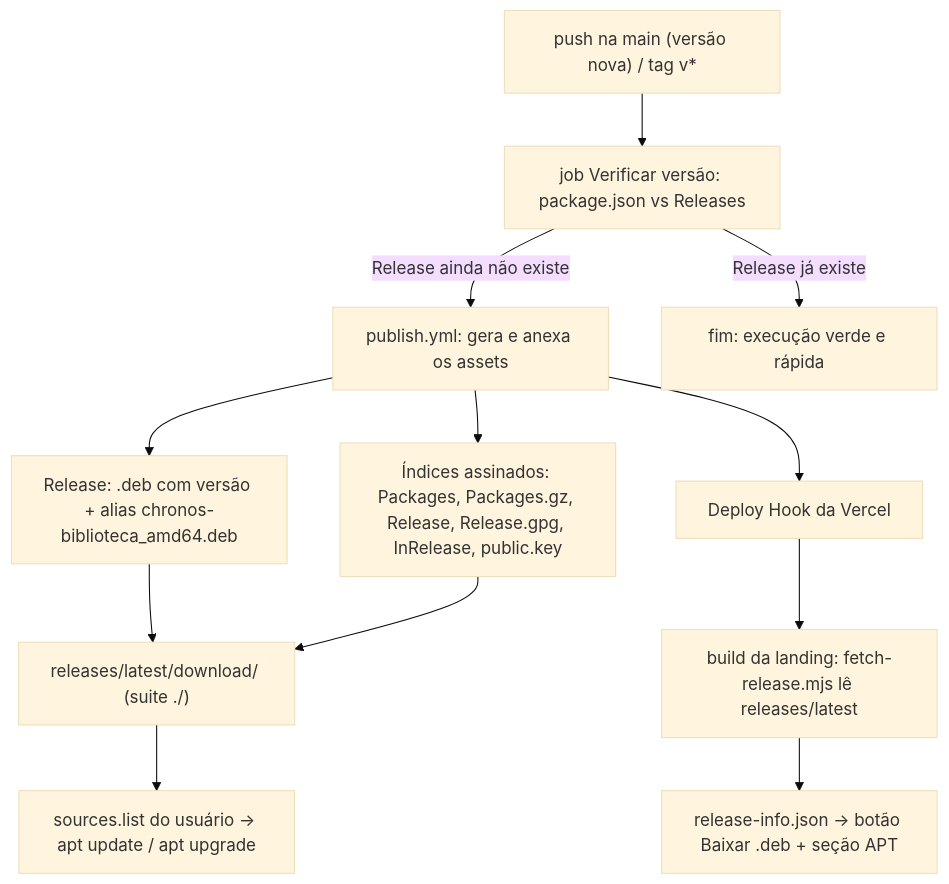
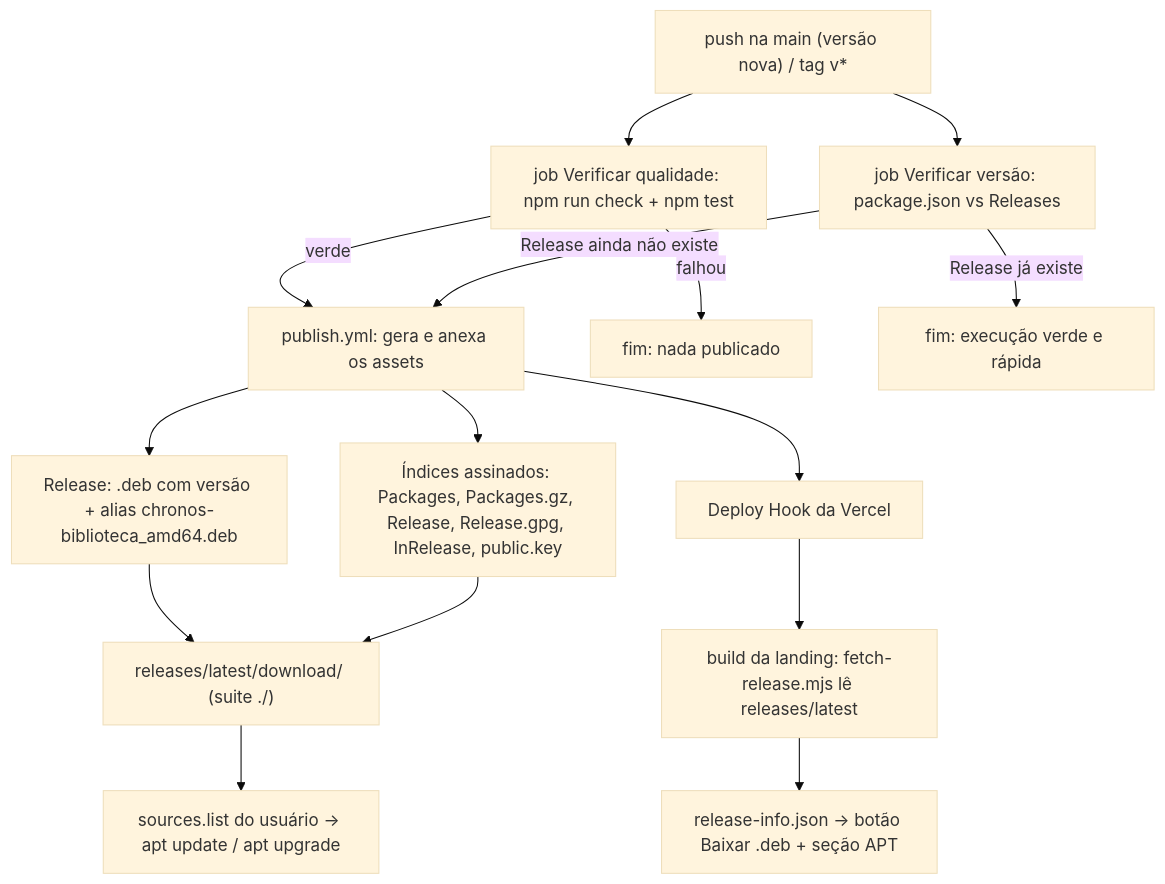
Before and after one commit to chronos-atalante/chronos-biblioteca: the diagram in docs/distribuicao-apt.md, drawn with Mermaid (base theme). The commit also changed other lines of this file and 61 other files, not shown here.

````diff
--- a/docs/distribuicao-apt.md
+++ b/docs/distribuicao-apt.md
@@ -67,14 +67,17 @@
 ```mermaid
 flowchart TD
     A["push na main (versão nova) / tag v*"] --> B0["job Verificar versão: package.json vs Releases"]
+    A --> Q["job Verificar qualidade: npm run check + npm test"]
+    Q -- "verde" --> B
+    Q -- "falhou" --> X["fim: nada publicado"]
     B0 -->|"Release ainda não existe"| B["publish.yml: gera e anexa os assets"]
     B0 -->|"Release já existe"| P["fim: execução verde e rápida"]
     B --> C["Release: .deb com versão + alias chronos-biblioteca_amd64.deb"]
     B --> D["Índices assinados: Packages, Packages.gz, Release, Release.gpg, InRelease, public.key"]
     C --> E["releases/latest/download/ (suite ./)"]
     D --> E
     E --> F["sources.list do usuário → apt update / apt upgrade"]
     B --> G["Deploy Hook da Vercel"]
     G --> H["build da landing: fetch-release.mjs lê releases/latest"]
     H --> I["release-info.json → botão Baixar .deb + seção APT"]
 ```
````
